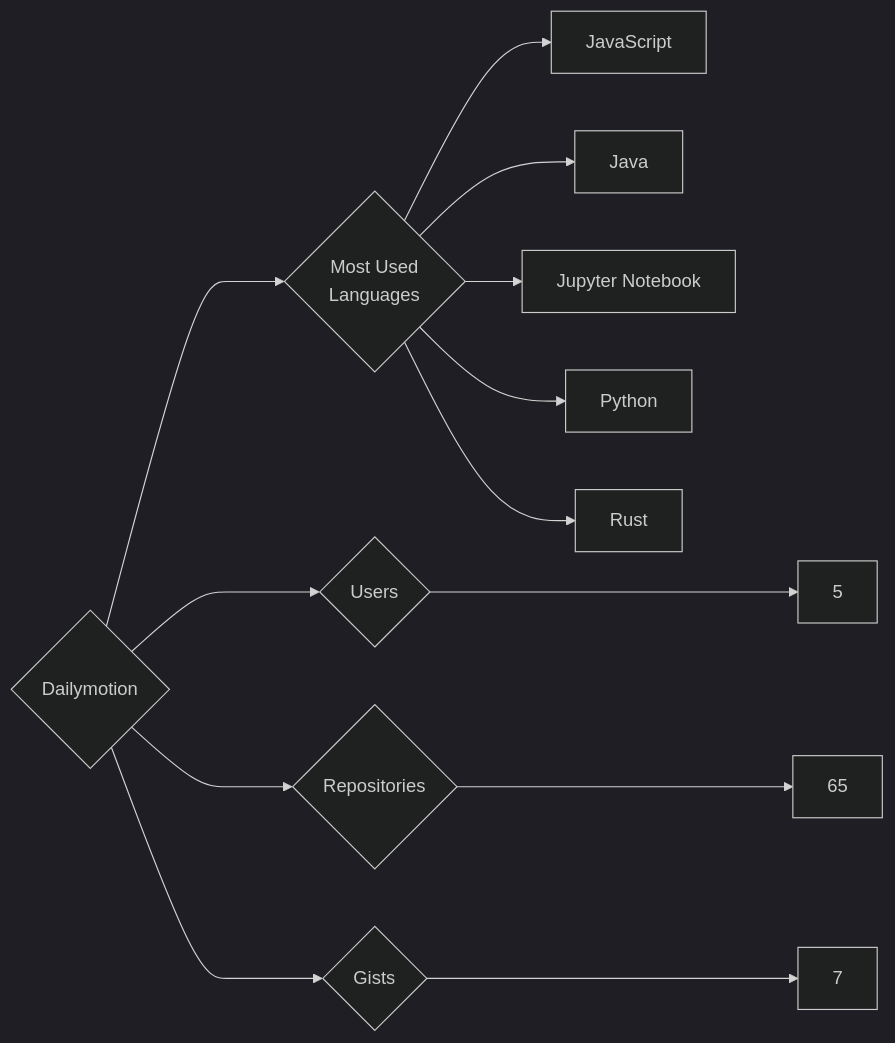
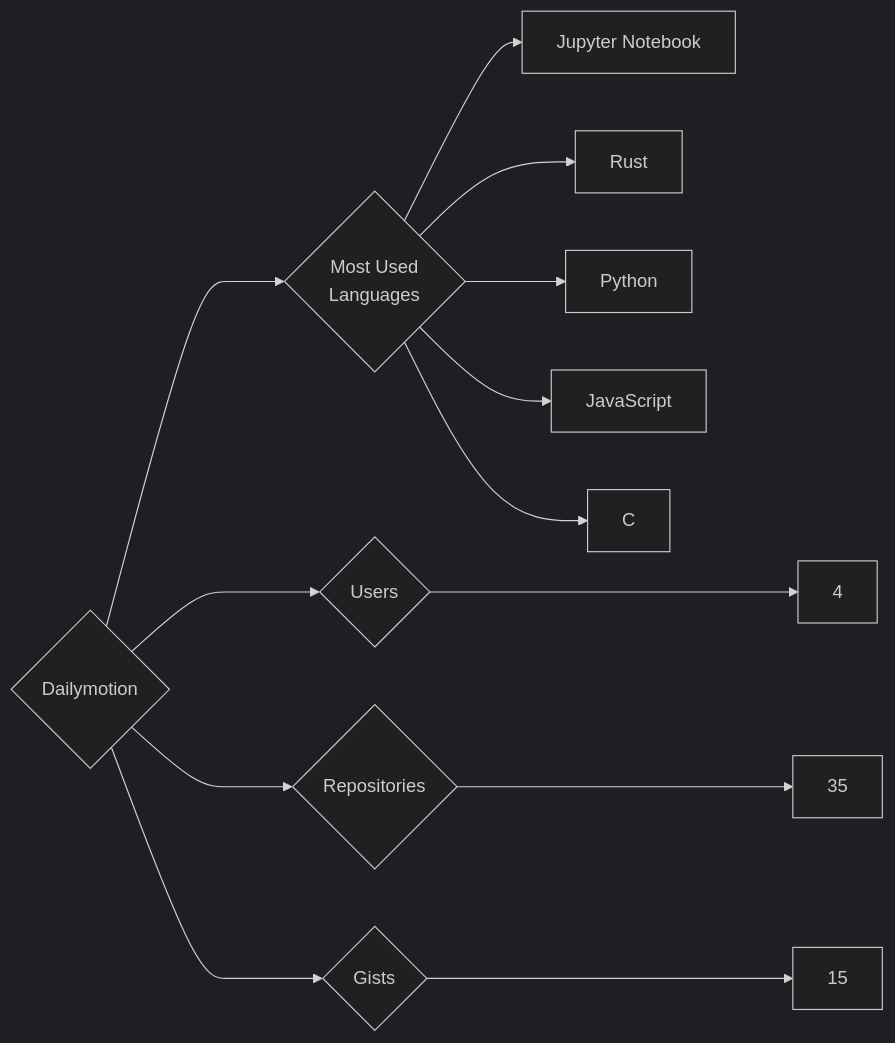
One commit to trickest/insiders changed the diagram in targets/Dailymotion/README.md. Above: the diagram before and after it, drawn with Mermaid (dark theme). The commit also changed 993 other files, not shown here.

````diff
--- a/targets/Dailymotion/README.md
+++ b/targets/Dailymotion/README.md
@@ -3,13 +3,13 @@
 ```mermaid
 graph LR
 COMPANY_NAME{Dailymotion}
-COMPANY_NAME ---> U{Users} ---> UN[5]
-COMPANY_NAME ---> R{Repositories} ---> RN[65]
-COMPANY_NAME ---> G{Gists} ---> GN[7]
+COMPANY_NAME ---> U{Users} ---> UN[4]
+COMPANY_NAME ---> R{Repositories} ---> RN[35]
+COMPANY_NAME ---> G{Gists} ---> GN[15]
 COMPANY_NAME ---> ML{Most Used<br>Languages}
+ML --> Jupyter_Notebook[Jupyter Notebook]
+ML --> Rust[Rust]
+ML --> Python[Python]
 ML --> JavaScript[JavaScript]
-ML --> Java[Java]
-ML --> Jupyter_Notebook[Jupyter Notebook]
-ML --> Python[Python]
-ML --> Rust[Rust]
+ML --> C[C]
 ```
````
